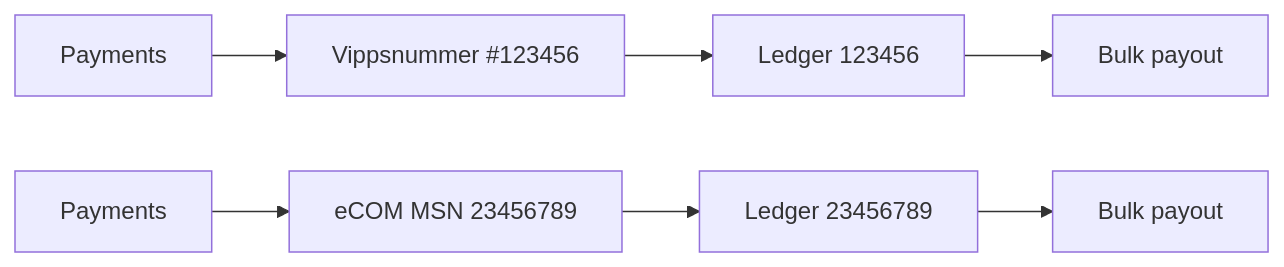
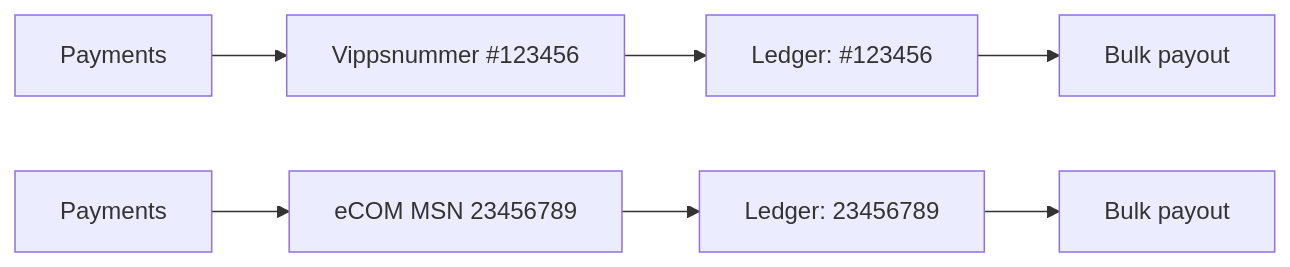
The first of 2 diagrams in api-guide/settlement.md (vippsas/vipps-report-api), drawn with Mermaid before and after one commit. The commit also changed other lines of this file, not shown here.

Commit message:
Add colons in ledger boxes

````diff
--- a/api-guide/settlement.md
+++ b/api-guide/settlement.md
@@ -78,11 +78,11 @@
 ``` mermaid
 flowchart LR
     PaymentVN[Payments]
     PaymentLedger[Payments]
     PaymentVN --> Vippsnummer[Vippsnummer #123456]
     PaymentLedger --> ecomMSN[eCOM MSN 23456789]
-    Vippsnummer --> LedgerVN[Ledger 123456]
-    ecomMSN --> LedgerMSN[Ledger 23456789]
+    Vippsnummer --> LedgerVN[Ledger: #123456]
+    ecomMSN --> LedgerMSN[Ledger: 23456789]
     LedgerVN --> BulkVN[Bulk payout]
     LedgerMSN --> BulkMSN[Bulk payout]
 ```
````
